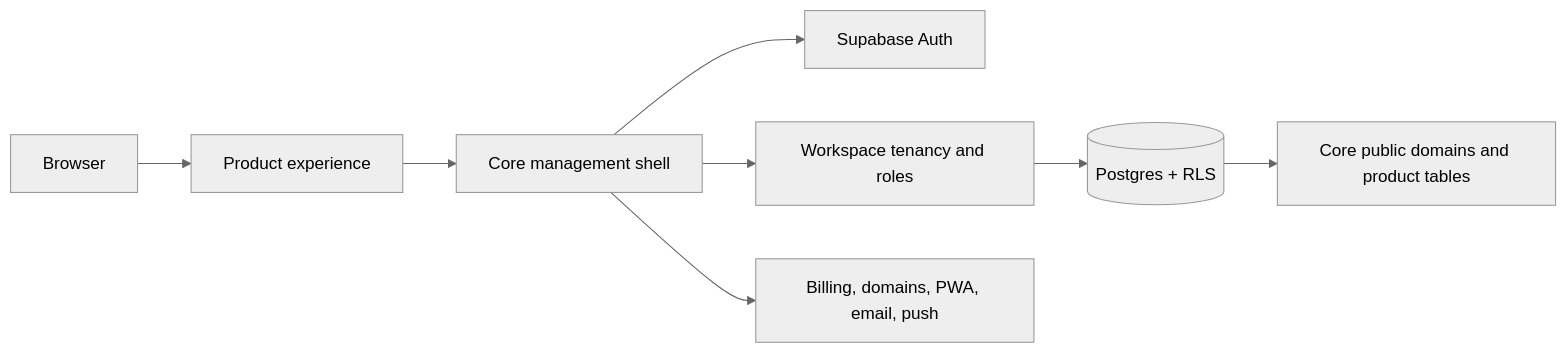
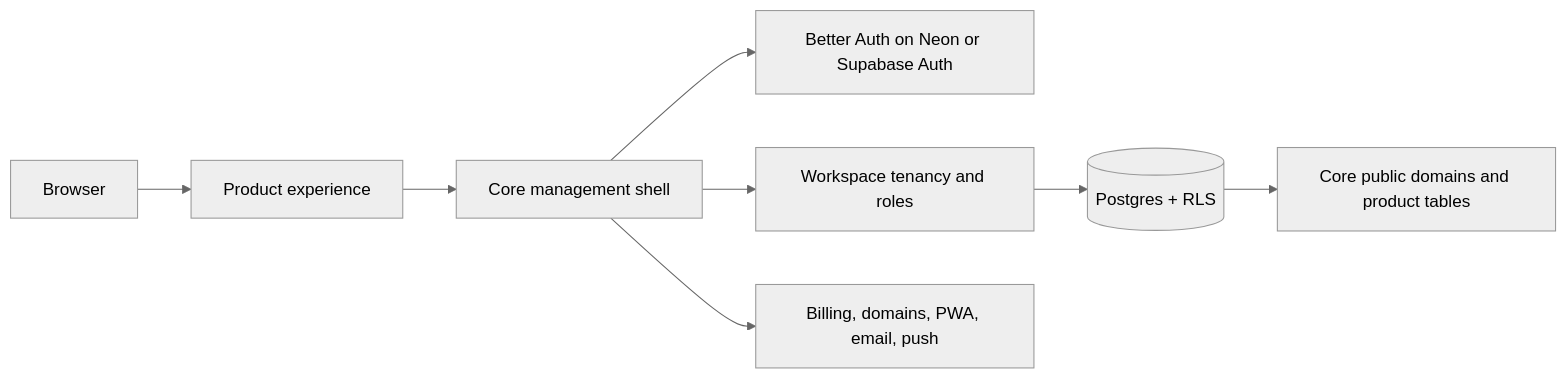
Before and after one commit to SapienXai/saas-core: the diagram in README.md, drawn with Mermaid (neutral theme). The commit also changed other lines of this file and 6 other files, not shown here.

````diff
--- a/README.md
+++ b/README.md
@@ -22,10 +21,10 @@
 ```mermaid
 flowchart LR
   Browser[Browser] --> Product[Product experience]
   Product --> Shell[Core management shell]
-  Shell --> Auth[Supabase Auth]
+  Shell --> Auth[Better Auth on Neon or Supabase Auth]
   Shell --> Tenant[Workspace tenancy and roles]
   Tenant --> RLS[(Postgres + RLS)]
   RLS --> Domain[Core public domains and product tables]
   Shell --> Services[Billing, domains, PWA, email, push]
 ```
````
